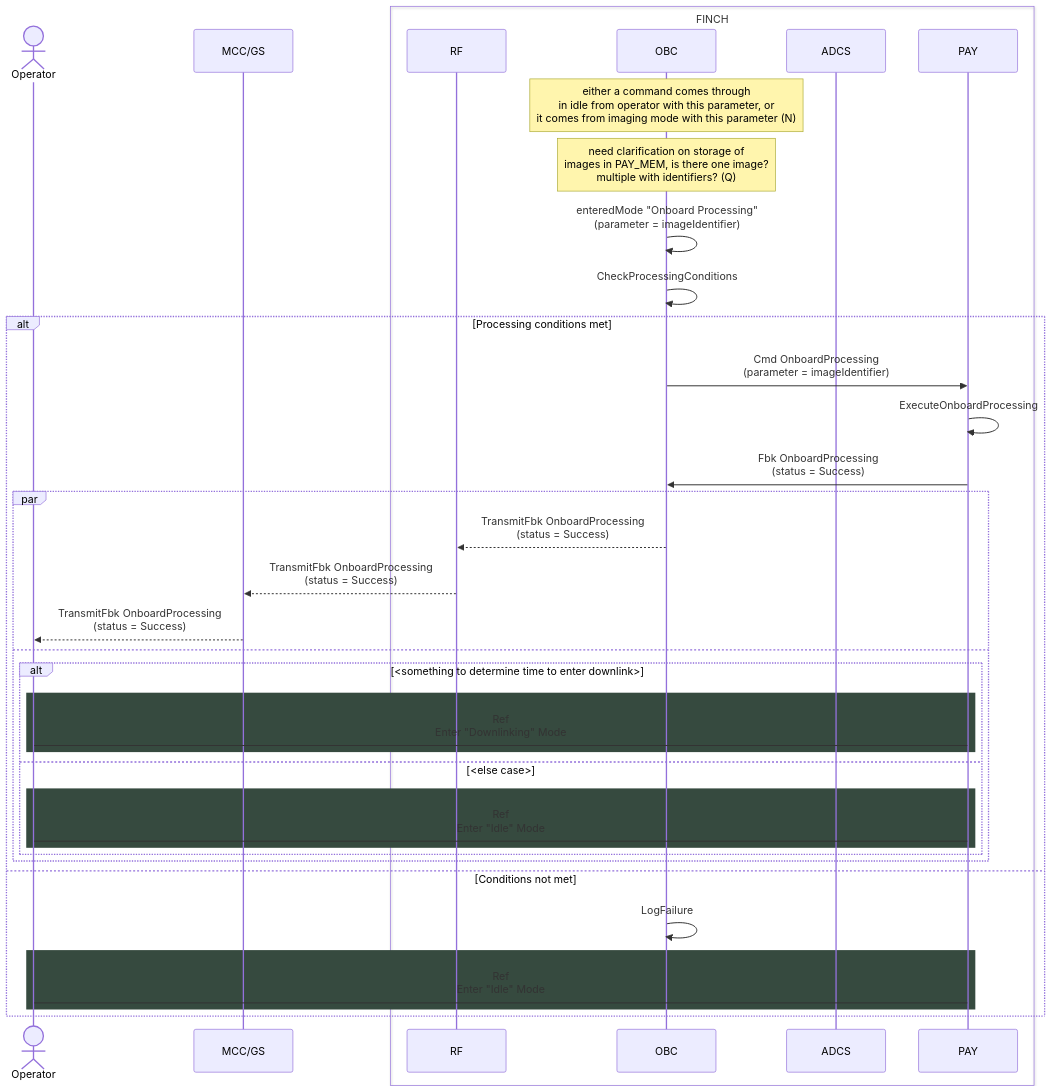
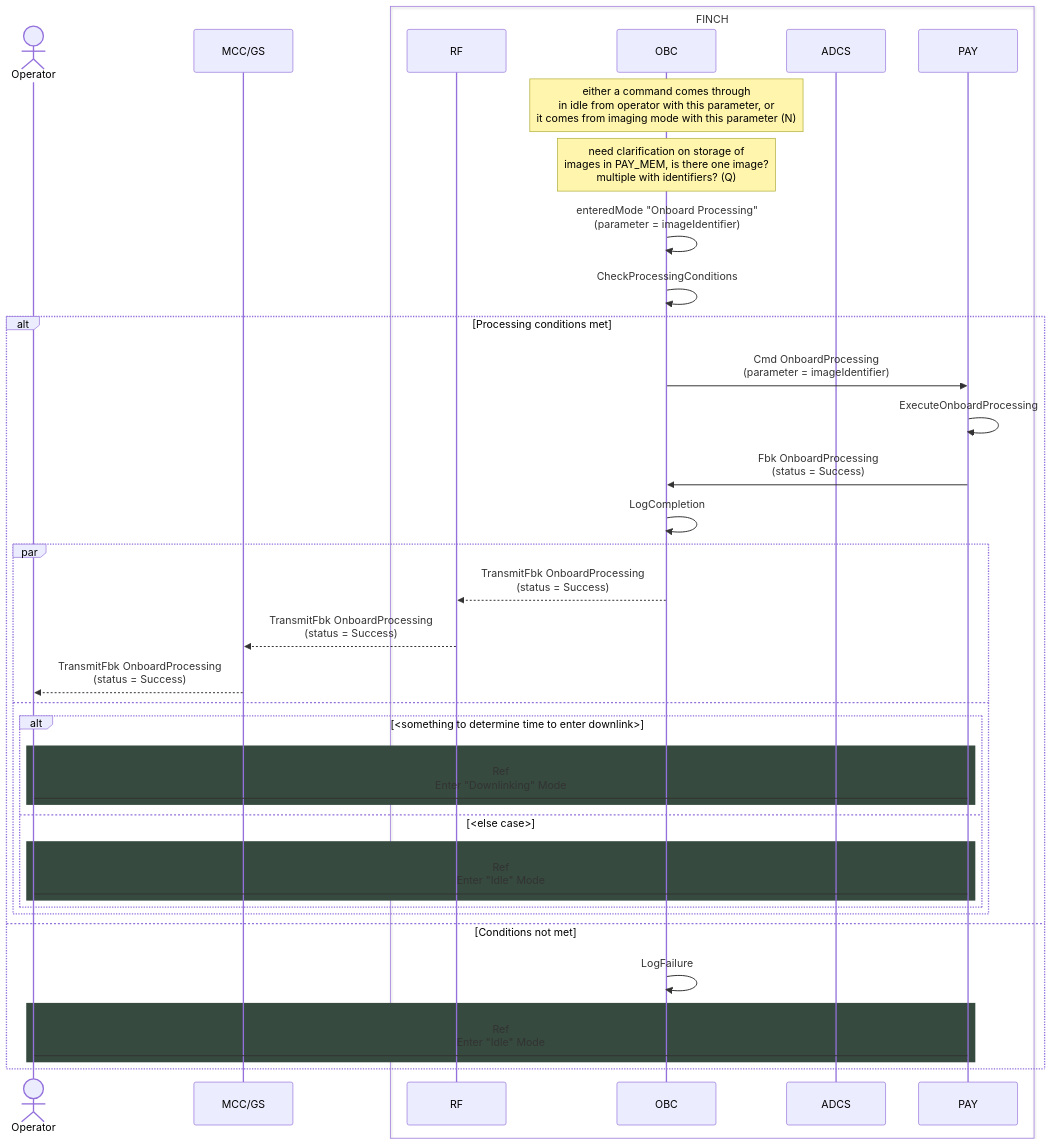
The diagram in command sequences/onboard-processing-command.md (Addy-lit/FINCH-system-architecture), drawn with Mermaid before and after one commit.

````diff
--- a/command sequences/onboard-processing-command.md
+++ b/command sequences/onboard-processing-command.md
@@ -2,44 +2,45 @@
 ```mermaid
 
 sequenceDiagram
     Actor Operator
     participant MCC/GS
     box FINCH
         participant RF
         participant OBC
         participant ADCS
         participant PAY
     end
 
 	note over OBC: either a command comes through <br> in idle from operator with this parameter, or <br> it comes from imaging mode with this parameter (N)
 	note over OBC: need clarification on storage of <br> images in PAY_MEM, is there one image? <br> multiple with identifiers? (Q)
 	OBC ->> OBC: enteredMode "Onboard Processing" <br> (parameter = imageIdentifier)
 
     OBC ->> OBC: CheckProcessingConditions
     alt Processing conditions met
         OBC ->> PAY: Cmd OnboardProcessing <br> (parameter = imageIdentifier)
         PAY ->> PAY: ExecuteOnboardProcessing
         PAY ->> OBC: Fbk OnboardProcessing <br> (status = Success)
+	OBC ->> OBC: LogCompletion
       
         par
             OBC -->> RF: TransmitFbk OnboardProcessing <br> (status = Success)
             RF -->> MCC/GS: TransmitFbk OnboardProcessing <br> (status = Success)
             MCC/GS -->> Operator: TransmitFbk OnboardProcessing <br> (status = Success)
         and
 			alt <something to determine time to enter downlink>
             	rect rgb(54,74,63)
       	        	Operator -> PAY: Ref <br/> Enter "Downlinking" Mode
             	end
 			else <else case>
 	      		rect rgb(54,74,63)
       	        	Operator -> PAY: Ref <br/> Enter "Idle" Mode
             	end
 			end
         end
     else Conditions not met
 		OBC ->> OBC: LogFailure
         rect rgb(54,74,63)
 	        Operator -> PAY: Ref <br/> Enter "Idle" Mode
         end
     end
 ```
````
